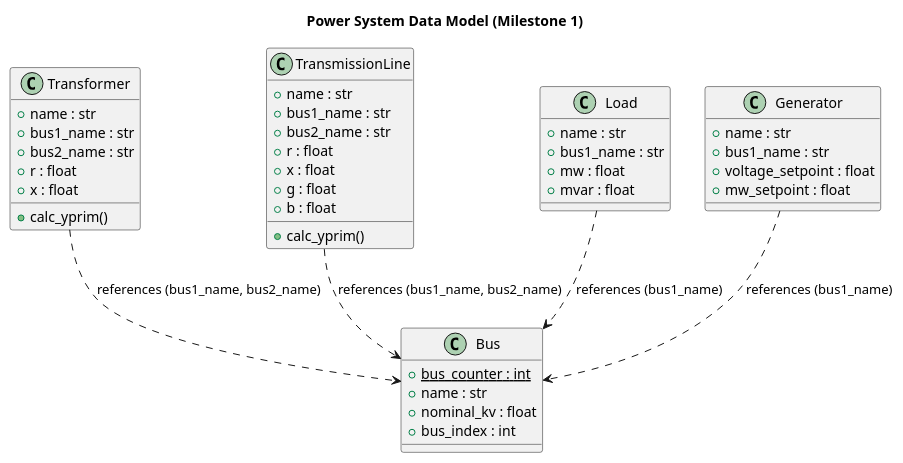
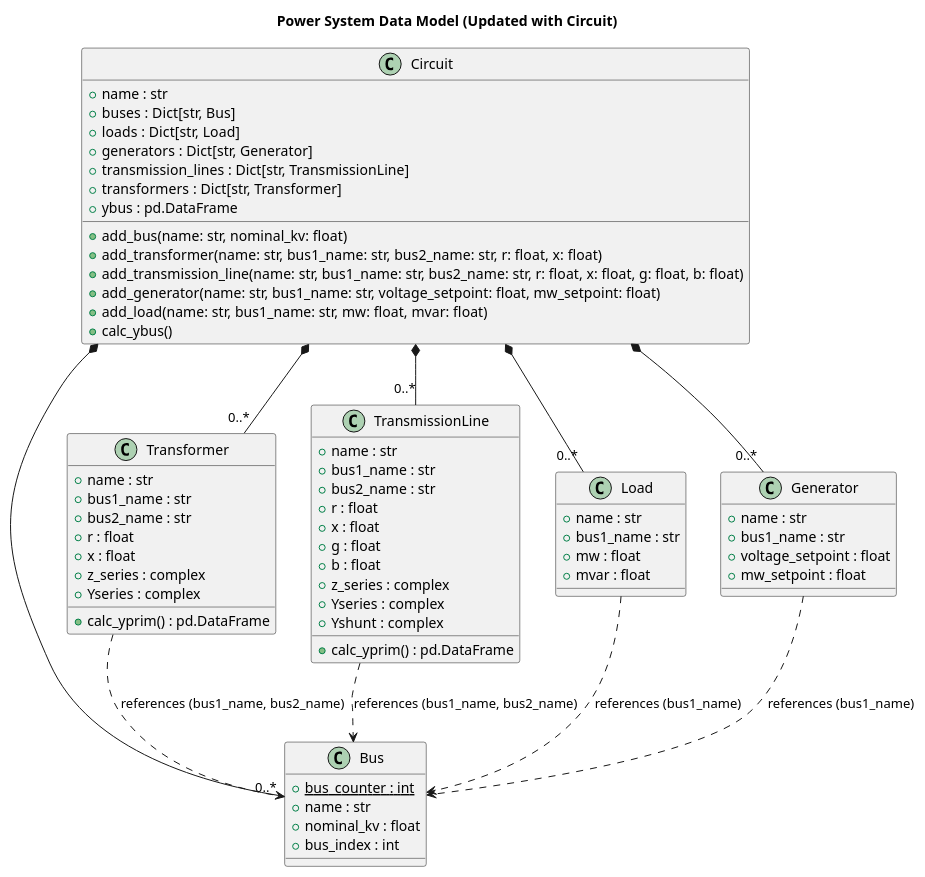
The diagram in class_diagram.puml (gideonglick/ECE-1774-Project-2), drawn with PlantUML before and after one commit. The commit also changed 3 other files, not shown here.

```diff
--- a/class_diagram.puml
+++ b/class_diagram.puml
@@ -1,51 +1,80 @@
 @startuml
-title Power System Data Model (Milestone 1)
+title Power System Data Model (Updated with Circuit)
+
+class Circuit {
+  +name : str
+  +buses : Dict[str, Bus]
+  +loads : Dict[str, Load]
+  +generators : Dict[str, Generator]
+  +transmission_lines : Dict[str, TransmissionLine]
+  +transformers : Dict[str, Transformer]
+  +ybus : pd.DataFrame
+
+  +add_bus(name: str, nominal_kv: float)
+  +add_transformer(name: str, bus1_name: str, bus2_name: str, r: float, x: float)
+  +add_transmission_line(name: str, bus1_name: str, bus2_name: str, r: float, x: float, g: float, b: float)
+  +add_generator(name: str, bus1_name: str, voltage_setpoint: float, mw_setpoint: float)
+  +add_load(name: str, bus1_name: str, mw: float, mvar: float)
+  +calc_ybus()
+}
 
 class Bus {
   +bus_counter : int {static}
   +name : str
   +nominal_kv : float
   +bus_index : int
 }
 
 class Transformer {
   +name : str
   +bus1_name : str
   +bus2_name : str
   +r : float
   +x : float
-  +calc_yprim()
+  +z_series : complex
+  +Yseries : complex
+  +calc_yprim() : pd.DataFrame
 }
 
 class TransmissionLine {
   +name : str
   +bus1_name : str
   +bus2_name : str
   +r : float
   +x : float
   +g : float
   +b : float
-  +calc_yprim()
+  +z_series : complex
+  +Yseries : complex
+  +Yshunt : complex
+  +calc_yprim() : pd.DataFrame
 }
 
 class Load {
   +name : str
   +bus1_name : str
   +mw : float
   +mvar : float
 }
 
 class Generator {
   +name : str
   +bus1_name : str
   +voltage_setpoint : float
   +mw_setpoint : float
 }
 
-' Relationships (your classes store bus names as strings, so these are dependencies)
+' --- Hierarchy / ownership: Circuit contains many of each element ---
+Circuit *-- "0..*" Bus
+Circuit *-- "0..*" Transformer
+Circuit *-- "0..*" TransmissionLine
+Circuit *-- "0..*" Load
+Circuit *-- "0..*" Generator
+
+' --- Dependencies: elements reference buses by name (strings) ---
 Transformer ..> Bus : references (bus1_name, bus2_name)
 TransmissionLine ..> Bus : references (bus1_name, bus2_name)
 Load ..> Bus : references (bus1_name)
 Generator ..> Bus : references (bus1_name)
 
 @enduml
```
